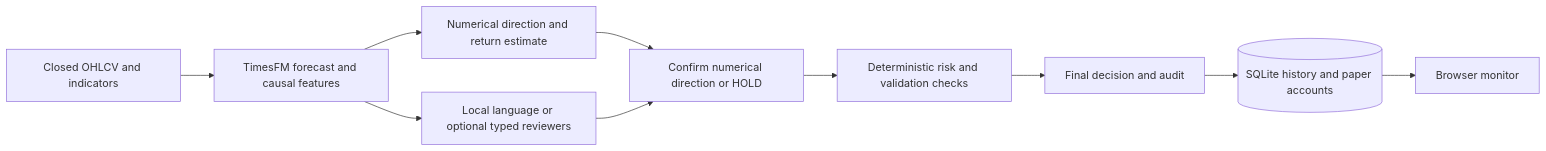
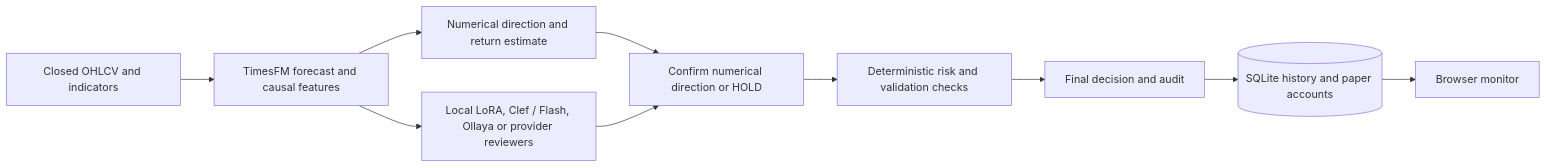
Before and after one commit to ar4ft/trade-harness: the diagram in README.md, drawn with Mermaid. The commit also changed other lines of this file and 5 other files, not shown here.

Commit message:
Document Clef deployment, native scoring and research lifecycle with Mermaid

````diff
--- a/README.md
+++ b/README.md
@@ -11,12 +11,12 @@
 ```mermaid
 flowchart LR
     Input["Closed OHLCV and indicators"] --> Evidence["TimesFM forecast and causal features"]
     Evidence --> Anchor["Numerical direction and return estimate"]
-    Evidence --> Reviewers["Local language or optional typed reviewers"]
+    Evidence --> Reviewers["Local LoRA, Clef / Flash, Ollaya or provider reviewers"]
     Anchor --> Consensus["Confirm numerical direction or HOLD"]
     Reviewers --> Consensus
     Consensus --> Risk["Deterministic risk and validation checks"]
     Risk --> Output["Final decision and audit"]
     Output --> Store[("SQLite history and paper accounts")]
     Store --> Dashboard["Browser monitor"]
 ```
````
